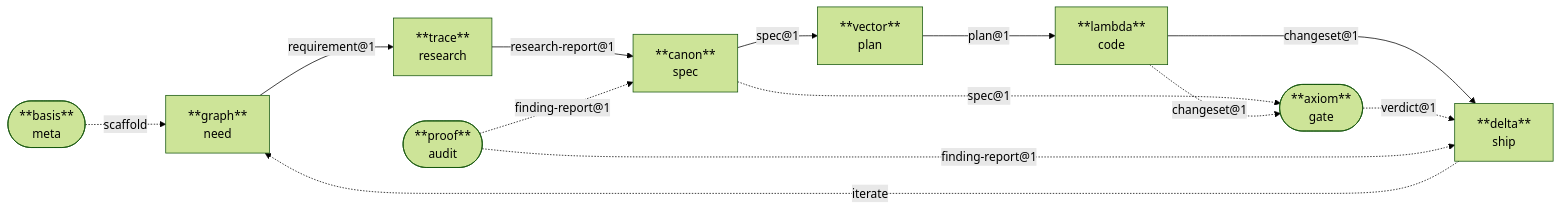
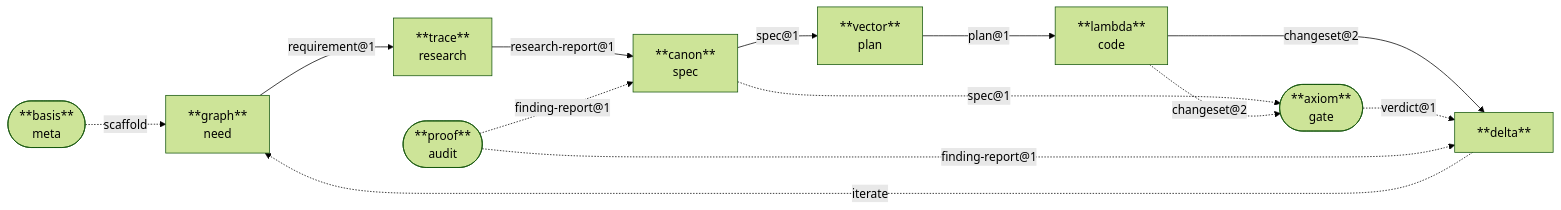
The second of 4 diagrams in ARCHITECTURE.md (orin-dx/agent-plugins), drawn with Mermaid (forest theme) before and after one commit. The commit also changed 3 other files, not shown here.

````diff
--- a/ARCHITECTURE.md
+++ b/ARCHITECTURE.md
@@ -52,18 +52,18 @@
 ```mermaid
 flowchart LR
     gr["**graph**\nneed"] -->|"requirement@1"| tr["**trace**\nresearch"]
     tr -->|"research-report@1"| ca["**canon**\nspec"]
     ca -->|"spec@1"| ve["**vector**\nplan"]
     ve -->|"plan@1"| la["**lambda**\ncode"]
-    la -->|"changeset@1"| de["**delta**\nship"]
+    la -->|"changeset@2"| de["**delta**"]
     de -. iterate .-> gr
 
     ax(["**axiom**\ngate"])
     ca -.->|"spec@1"| ax
-    la -.->|"changeset@1"| ax
+    la -.->|"changeset@2"| ax
     ax -.->|"verdict@1"| de
 
     pr(["**proof**\naudit"]) -.->|"finding-report@1"| de
     pr -.->|"finding-report@1"| ca
     ba(["**basis**\nmeta"]) -. scaffold .-> gr
 ```
````
